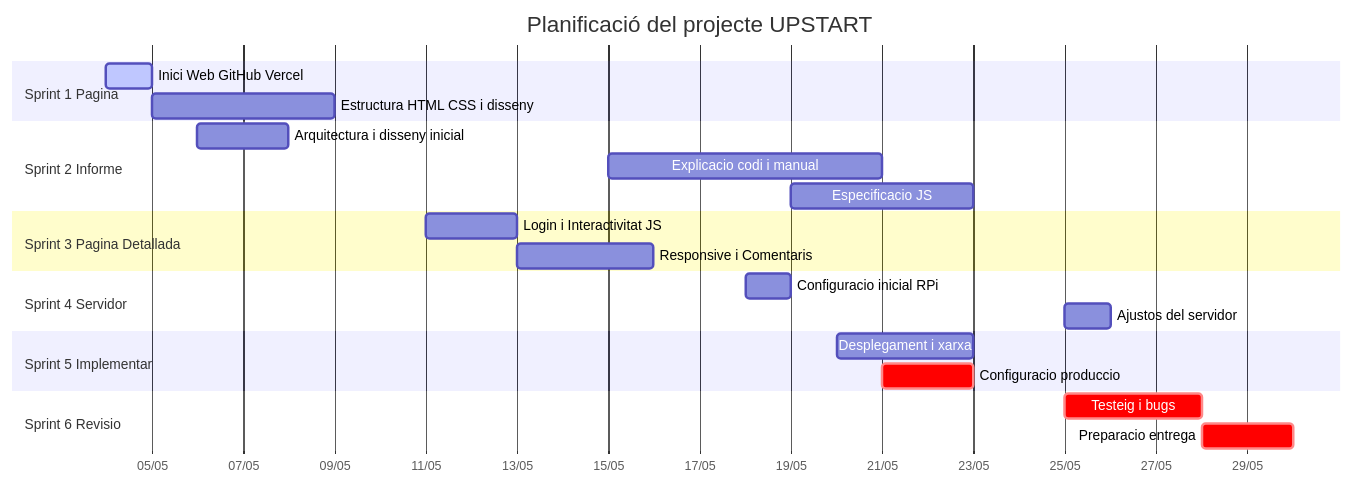
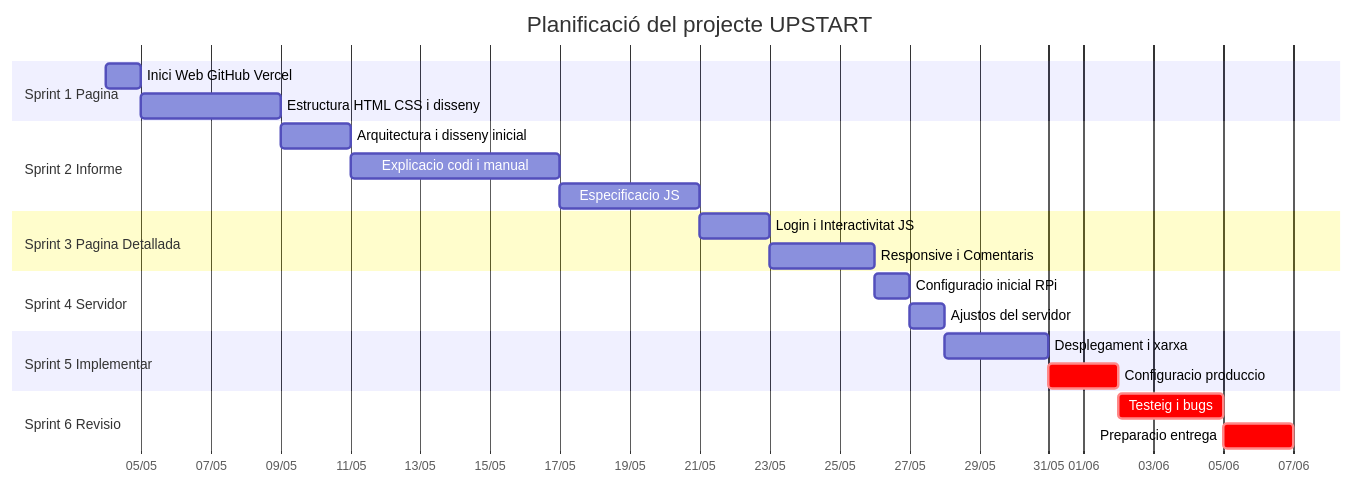
One commit to Sukhdeep777/upstart changed the diagram in README.md. Above: the diagram before and after it, drawn with Mermaid.

Commit message:
asdasdasdad

````diff
--- a/README.md
+++ b/README.md
@@ -2,31 +2,31 @@
 ```mermaid
 gantt
     title Planificació del projecte UPSTART
     dateFormat  YYYY-MM-DD
     axisFormat  %d/%m
 
     section Sprint 1 Pagina
-    Inici Web GitHub Vercel        :active, s1t1, 2026-05-04, 1d
+    Inici Web GitHub Vercel        :s1t1, 2026-05-04, 1d
     Estructura HTML CSS i disseny  :s1t2, after s1t1, 4d
 
     section Sprint 2 Informe
-    Arquitectura i disseny inicial :s2t1, 2026-05-06, 2d
-    Explicacio codi i manual       :s2t2, 2026-05-15, 6d
-    Especificacio JS               :s2t3, 2026-05-19, 4d
+    Arquitectura i disseny inicial :s2t1, after s1t2, 2d
+    Explicacio codi i manual       :s2t2, after s2t1, 6d
+    Especificacio JS               :s2t3, after s2t2, 4d
 
     section Sprint 3 Pagina Detallada
-    Login i Interactivitat JS      :s3t1, 2026-05-11, 2d
-    Responsive i Comentaris        :s3t2, 2026-05-13, 3d
+    Login i Interactivitat JS      :s3t1, after s2t3, 2d
+    Responsive i Comentaris        :s3t2, after s3t1, 3d
 
     section Sprint 4 Servidor
-    Configuracio inicial RPi       :s4t1, 2026-05-18, 1d
-    Ajustos del servidor           :s4t2, 2026-05-25, 1d
+    Configuracio inicial RPi       :s4t1, after s3t2, 1d
+    Ajustos del servidor           :s4t2, after s4t1, 1d
 
     section Sprint 5 Implementar
-    Desplegament i xarxa           :s5t1, 2026-05-20, 3d
-    Configuracio produccio         :crit, s5t2, 2026-05-21, 2d
+    Desplegament i xarxa           :s5t1, after s4t2, 3d
+    Configuracio produccio         :crit, s5t2, after s5t1, 2d
 
     section Sprint 6 Revisio
-    Testeig i bugs                 :crit, s6t1, 2026-05-25, 3d
-    Preparacio entrega             :crit, s6t2, 2026-05-28, 2d
+    Testeig i bugs                 :crit, s6t1, after s5t2, 3d
+    Preparacio entrega             :crit, s6t2, after s6t1, 2d
 ```
````
